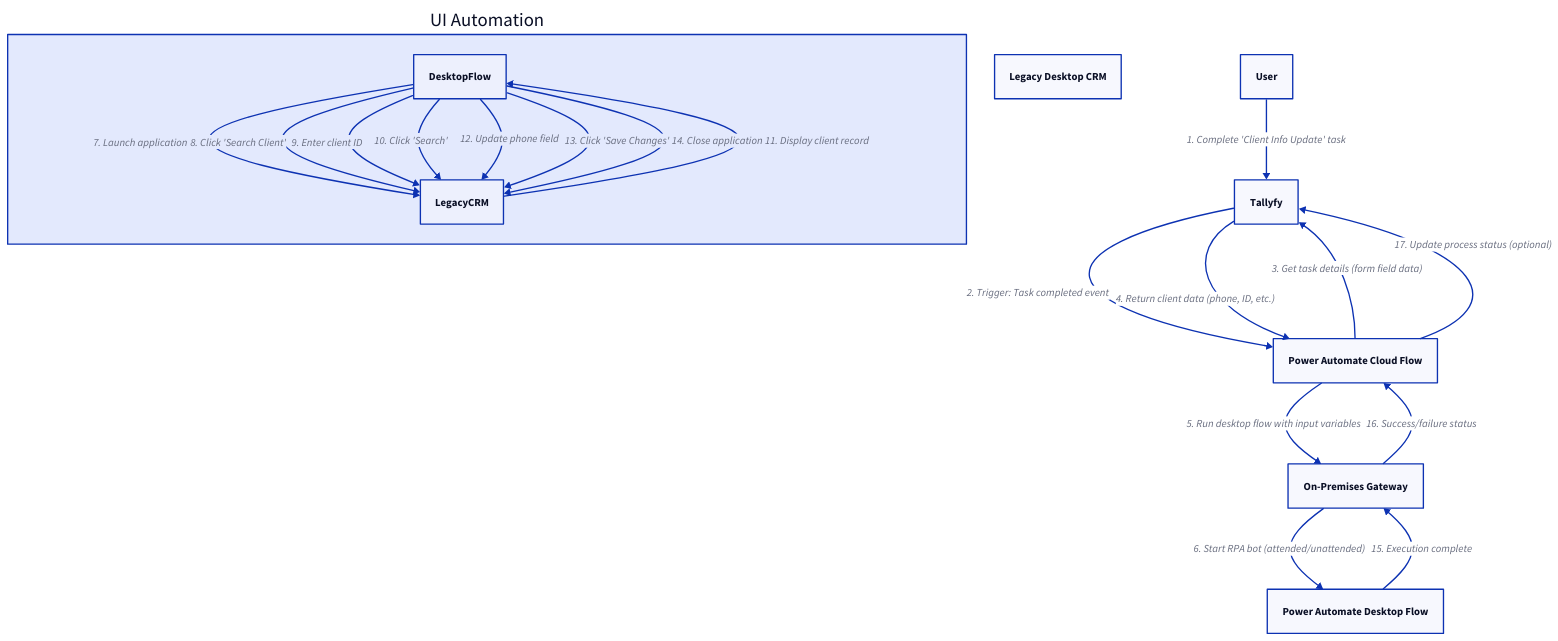
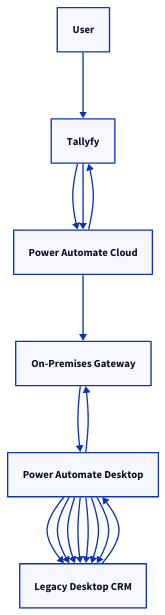
Before and after one commit to tallyfy/documentation: the diagram in src/content/docs/pro/integrations/middleware/power-automate/introduction-to-rpa-with-power-automate.mdx, drawn with D2. The commit also changed other lines of this file and 605 other files, not shown here.

````diff
--- a/src/content/docs/pro/integrations/middleware/power-automate/introduction-to-rpa-with-power-automate.mdx
+++ b/src/content/docs/pro/integrations/middleware/power-automate/introduction-to-rpa-with-power-automate.mdx
@@ -67,34 +68,23 @@
 ```d2
-User: "User"
-Tallyfy: "Tallyfy"
-CloudFlow: "Power Automate Cloud Flow"
-Gateway: "On-Premises Gateway"
-DesktopFlow: "Power Automate Desktop Flow"
-LegacyCRM: "Legacy Desktop CRM"
-
-# RPA Integration Pattern: Bridging Tallyfy with Legacy Systems
-User -> Tallyfy: "1. Complete 'Client Info Update' task"
-Tallyfy -> CloudFlow: "2. Trigger: Task completed event"
-CloudFlow -> Tallyfy: "3. Get task details (form field data)"
-Tallyfy -> CloudFlow: "4. Return client data (phone, ID, etc.)"
-CloudFlow -> Gateway: "5. Run desktop flow with input variables"
-Gateway -> DesktopFlow: "6. Start RPA bot (attended/unattended)"
-
-# UI Automation Sequence
-UIAutomation: "UI Automation" {
-  DesktopFlow -> LegacyCRM: "7. Launch application"
-  DesktopFlow -> LegacyCRM: "8. Click 'Search Client'"
-  DesktopFlow -> LegacyCRM: "9. Enter client ID"
-  DesktopFlow -> LegacyCRM: "10. Click 'Search'"
-  LegacyCRM -> DesktopFlow: "11. Display client record"
-  DesktopFlow -> LegacyCRM: "12. Update phone field"
-  DesktopFlow -> LegacyCRM: "13. Click 'Save Changes'"
-  DesktopFlow -> LegacyCRM: "14. Close application"
-}
-
-DesktopFlow -> Gateway: "15. Execution complete"
-Gateway -> CloudFlow: "16. Success/failure status"
-
-# Optional: Update Tallyfy
-CloudFlow -> Tallyfy: "17. Update process status (optional)"
+User: User
+Tallyfy: Tallyfy
+CloudFlow: Power Automate Cloud
+Gateway: On-Premises Gateway
+DesktopFlow: Power Automate Desktop
+LegacyCRM: Legacy Desktop CRM
+User -> Tallyfy
+Tallyfy -> CloudFlow
+CloudFlow -> Tallyfy
+Tallyfy -> CloudFlow
+CloudFlow -> Gateway
+Gateway -> DesktopFlow
+DesktopFlow -> LegacyCRM
+DesktopFlow -> LegacyCRM
+DesktopFlow -> LegacyCRM
+DesktopFlow -> LegacyCRM
+LegacyCRM -> DesktopFlow
+DesktopFlow -> LegacyCRM
+DesktopFlow -> LegacyCRM
+DesktopFlow -> LegacyCRM
+DesktopFlow -> Gateway
 ```
````
